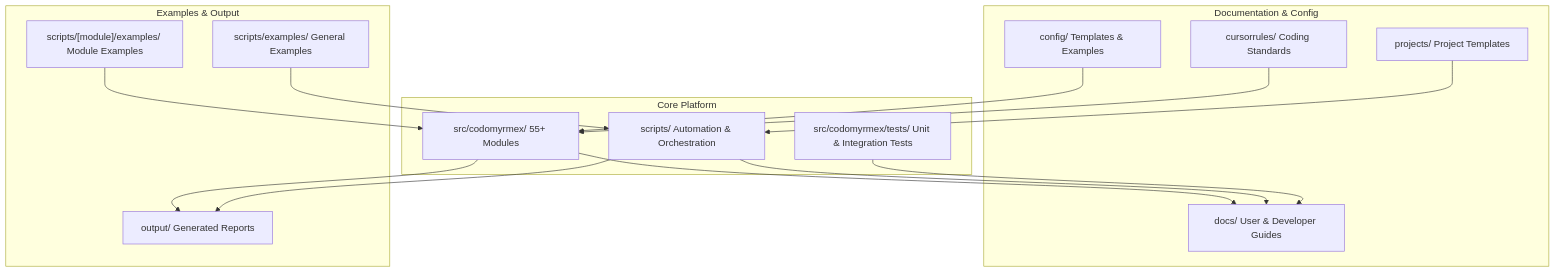
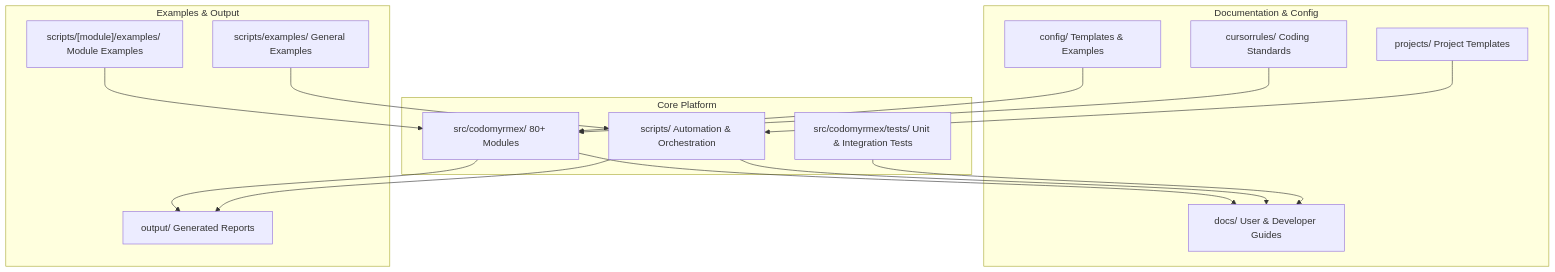
One commit to docxology/codomyrmex changed the seventh of 12 diagrams in README.md. Above: the diagram before and after it, drawn with Mermaid. The commit also changed other lines of this file and 23 other files, not shown here.

````diff
--- a/README.md
+++ b/README.md
@@ -961,32 +961,32 @@
 ```mermaid
 graph TD
     subgraph corePlatform ["Core Platform"]
-        CoreSrc["src/codomyrmex/ 55+ Modules"]
+        CoreSrc["src/codomyrmex/ 80+ Modules"]
         CoreScripts["scripts/ Automation & Orchestration"]
         CoreTests["src/codomyrmex/tests/ Unit & Integration Tests"]
     end
 
     subgraph docsConfig ["Documentation & Config"]
         Docs["docs/ User & Developer Guides"]
         Config["config/ Templates & Examples"]
         Rules["cursorrules/ Coding Standards"]
         Projects["projects/ Project Templates"]
     end
 
     subgraph examplesOutput ["Examples & Output"]
         ModuleExamples["scripts/[module]/examples/ Module Examples"]
         Output["output/ Generated Reports"]
         ScriptsExamples["scripts/examples/ General Examples"]
     end
 
     CoreSrc --> Docs
     CoreScripts --> Docs
     CoreTests --> Docs
     Config --> CoreSrc
     Rules --> CoreSrc
     Projects --> CoreScripts
     ModuleExamples --> CoreSrc
     ScriptsExamples --> CoreScripts
     CoreSrc --> Output
     CoreScripts --> Output
 ```
````
